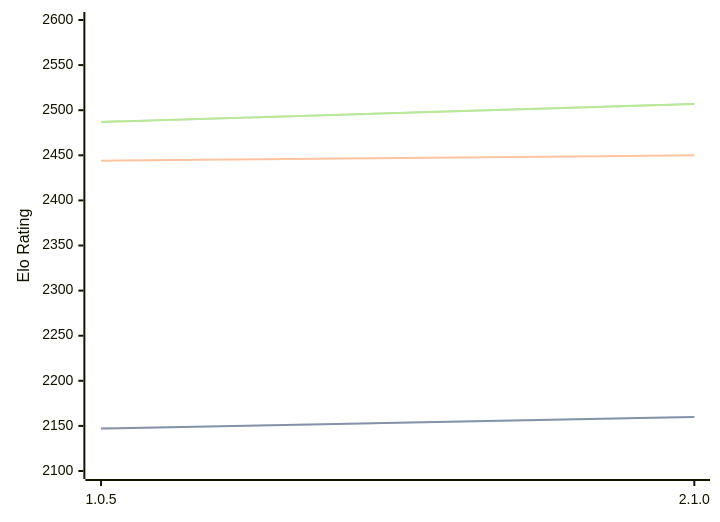
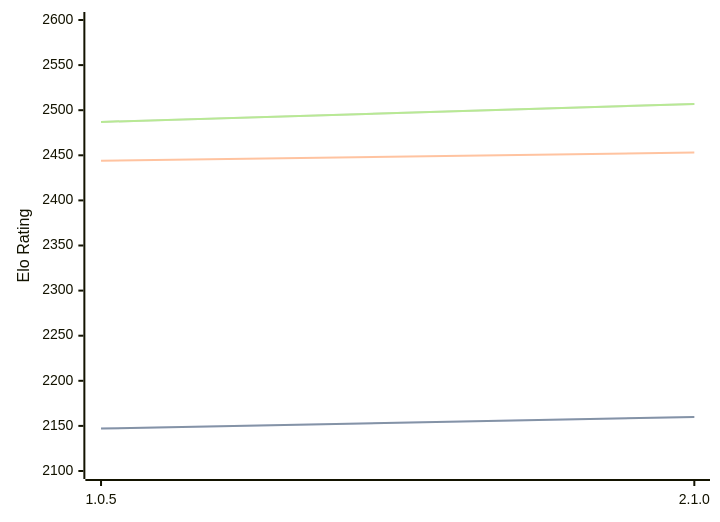
One commit to computer-chess-index/cci changed the diagram in engines/Ruffian.md. Above: the diagram before and after it, drawn with Mermaid. The commit also changed other lines of this file, not shown here.

````diff
--- a/engines/Ruffian.md
+++ b/engines/Ruffian.md
@@ -32,11 +32,11 @@
 ```mermaid
 %%{init: {"theme":"base","themeVariables":{"seriesColors:['#a3a3a3','#222221','#faa371']}}}%%
 xychart-beta
   x-axis ["1.0.5", "2.1.0"]
   y-axis "Elo Rating" 2100 --> 2600
   line "" [2147, 2160]
   line "STC (8.0+0.08s)" [2147, 2160]
-  line "LTC (60.0+0.60s)" [2444, 2450]
+  line "LTC (60.0+0.60s)" [2444, 2453]
   line "" [2487, 2507]
   line "VLTC (2m24s+1.12s)" [2487, 2507]
 ```
````
